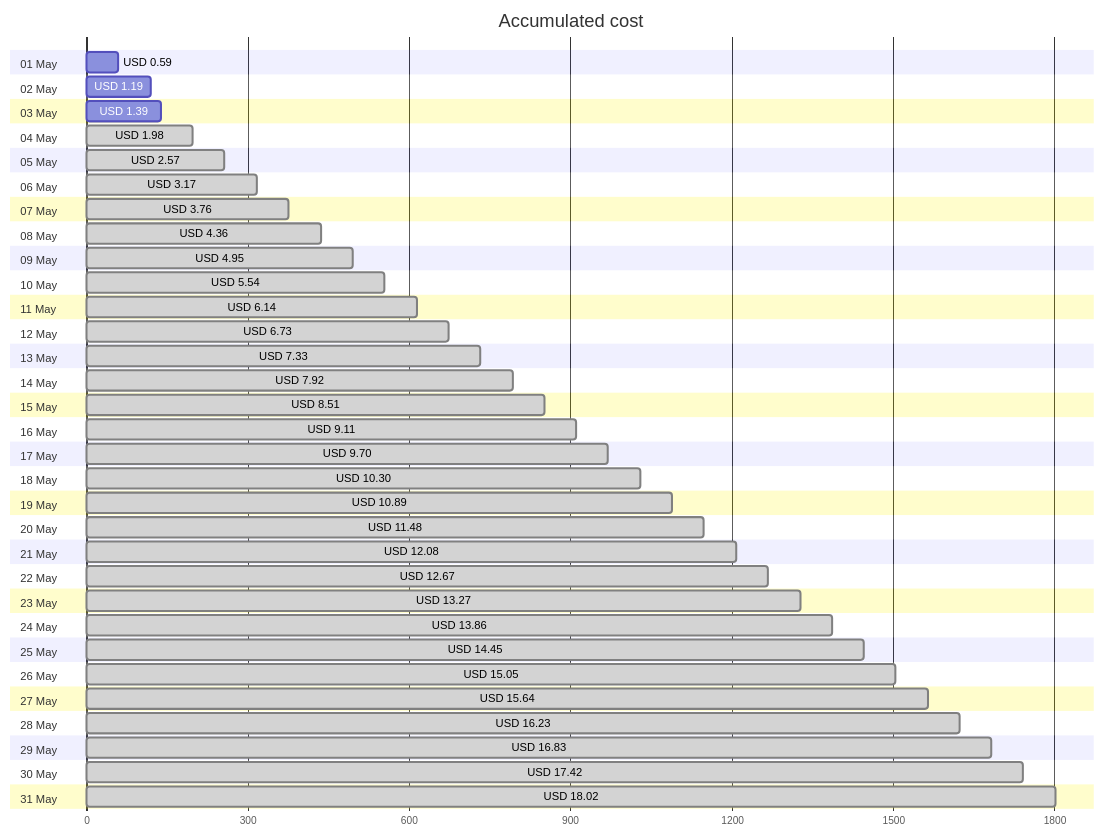
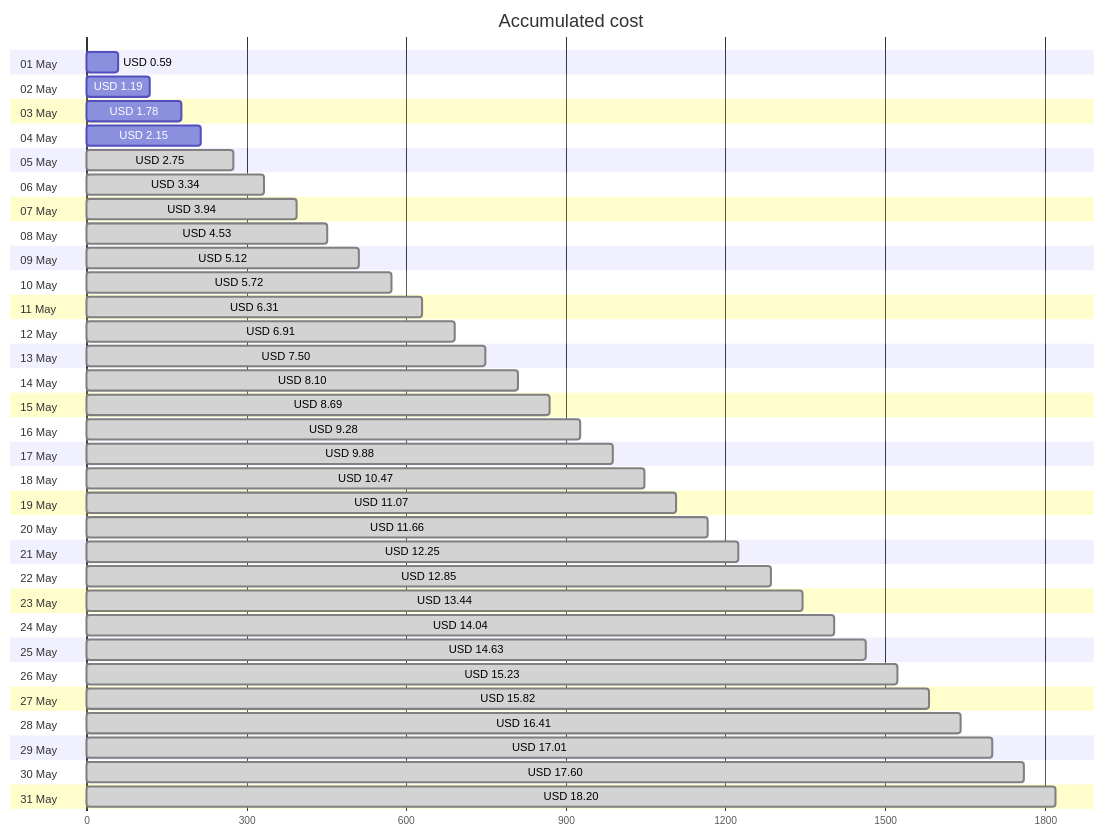
Before and after one commit to jpfulton/azure-personal-reports: the first of 4 diagrams in cost-reports/personal-site/README.md, drawn with Mermaid. The commit also changed other lines of this file and 6 other files, not shown here.

````diff
--- a/cost-reports/personal-site/README.md
+++ b/cost-reports/personal-site/README.md
@@ -20,68 +20,68 @@
 ```mermaid
 gantt
    title Accumulated cost
    dateFormat  X
    axisFormat %s
    section 01 May
    USD 0.59 :0, 59
    section 02 May
    USD 1.19 :0, 119
    section 03 May
-   USD 1.39 :0, 139
+   USD 1.78 :0, 178
    section 04 May
-   USD 1.98 : done, 0, 198
+   USD 2.15 :0, 215
    section 05 May
-   USD 2.57 : done, 0, 257
+   USD 2.75 : done, 0, 275
    section 06 May
-   USD 3.17 : done, 0, 317
+   USD 3.34 : done, 0, 334
    section 07 May
-   USD 3.76 : done, 0, 376
+   USD 3.94 : done, 0, 394
    section 08 May
-   USD 4.36 : done, 0, 436
+   USD 4.53 : done, 0, 453
    section 09 May
-   USD 4.95 : done, 0, 495
+   USD 5.12 : done, 0, 512
    section 10 May
-   USD 5.54 : done, 0, 554
+   USD 5.72 : done, 0, 572
    section 11 May
-   USD 6.14 : done, 0, 614
+   USD 6.31 : done, 0, 631
    section 12 May
-   USD 6.73 : done, 0, 673
+   USD 6.91 : done, 0, 691
    section 13 May
-   USD 7.33 : done, 0, 733
+   USD 7.50 : done, 0, 750
    section 14 May
-   USD 7.92 : done, 0, 792
+   USD 8.10 : done, 0, 810
    section 15 May
-   USD 8.51 : done, 0, 851
+   USD 8.69 : done, 0, 869
    section 16 May
-   USD 9.11 : done, 0, 911
+   USD 9.28 : done, 0, 928
    section 17 May
-   USD 9.70 : done, 0, 970
+   USD 9.88 : done, 0, 988
    section 18 May
-   USD 10.30 : done, 0, 1030
+   USD 10.47 : done, 0, 1047
    section 19 May
-   USD 10.89 : done, 0, 1089
+   USD 11.07 : done, 0, 1107
    section 20 May
-   USD 11.48 : done, 0, 1148
+   USD 11.66 : done, 0, 1166
    section 21 May
-   USD 12.08 : done, 0, 1208
+   USD 12.25 : done, 0, 1225
    section 22 May
-   USD 12.67 : done, 0, 1267
+   USD 12.85 : done, 0, 1285
    section 23 May
-   USD 13.27 : done, 0, 1327
+   USD 13.44 : done, 0, 1344
    section 24 May
-   USD 13.86 : done, 0, 1386
+   USD 14.04 : done, 0, 1404
    section 25 May
-   USD 14.45 : done, 0, 1445
+   USD 14.63 : done, 0, 1463
    section 26 May
-   USD 15.05 : done, 0, 1505
+   USD 15.23 : done, 0, 1523
    section 27 May
-   USD 15.64 : done, 0, 1564
+   USD 15.82 : done, 0, 1582
    section 28 May
-   USD 16.23 : done, 0, 1623
+   USD 16.41 : done, 0, 1641
    section 29 May
-   USD 16.83 : done, 0, 1683
+   USD 17.01 : done, 0, 1701
    section 30 May
-   USD 17.42 : done, 0, 1742
+   USD 17.60 : done, 0, 1760
    section 31 May
-   USD 18.02 : done, 0, 1802
+   USD 18.20 : done, 0, 1820
 ```
````
